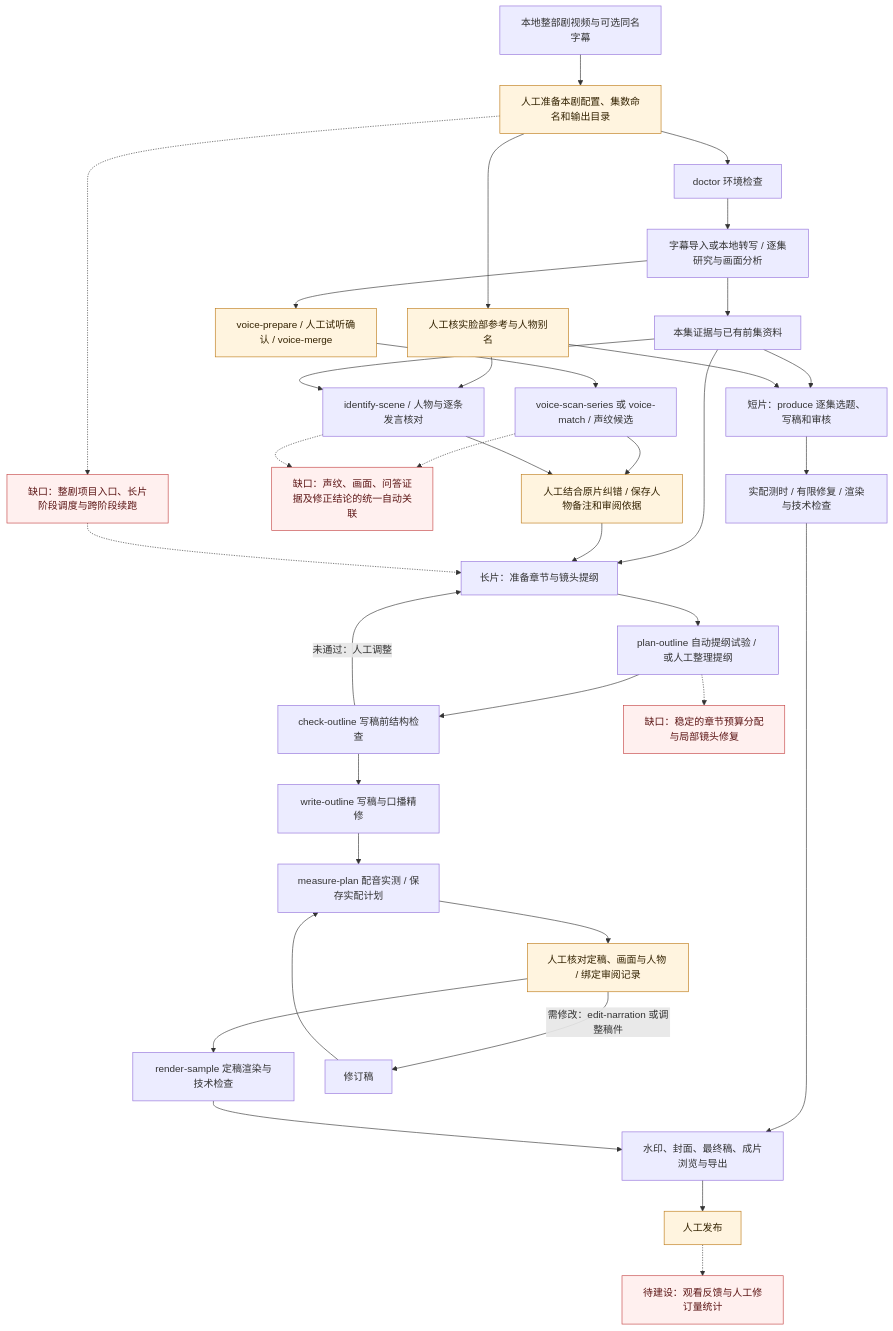
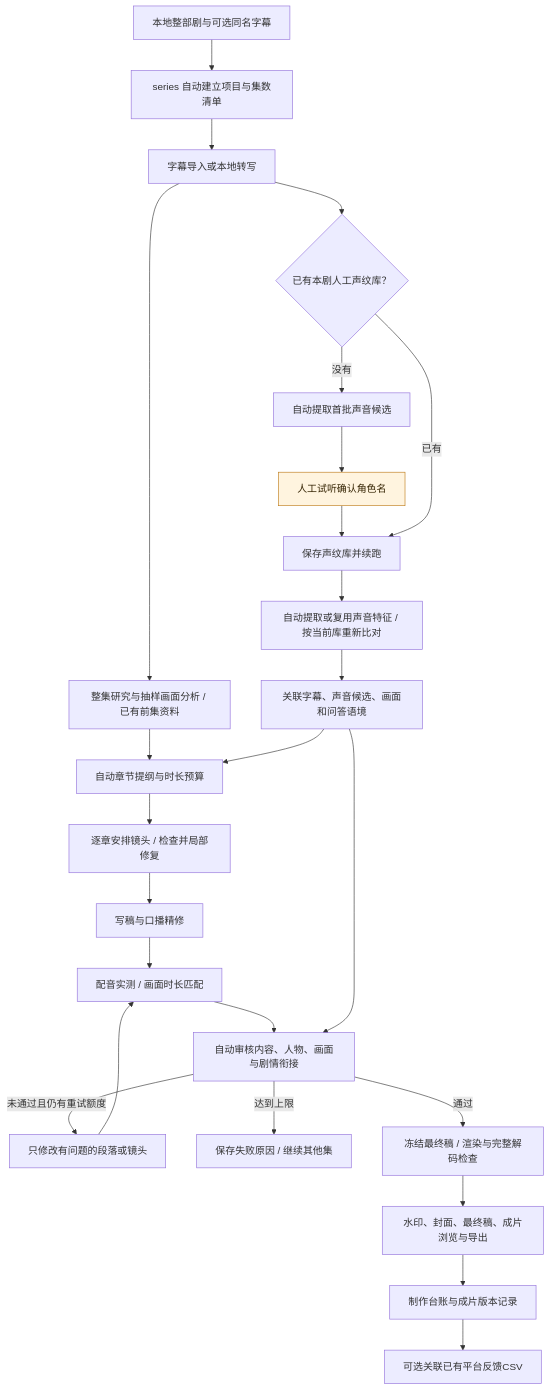
The diagram in README.md (redrain-wang/autoclip1), drawn with Mermaid before and after one commit. The commit also changed other lines of this file and 17 other files, not shown here.

````diff
--- a/README.md
+++ b/README.md
@@ -23,46 +25,29 @@
 ```mermaid
 flowchart TD
-    A[本地整部剧视频与可选同名字幕] --> B[人工准备本剧配置、集数命名和输出目录]
-    B --> C[doctor 环境检查]
-    C --> D[字幕导入或本地转写 / 逐集研究与画面分析]
-    D --> E[本集证据与已有前集资料]
-
-    D --> V[voice-prepare / 人工试听确认 / voice-merge]
-    V --> W[voice-scan-series 或 voice-match / 声纹候选]
-    B --> F[人工核实脸部参考与人物别名]
-    F --> G[identify-scene / 人物与逐条发言核对]
-    E --> G
-    W --> H[人工结合原片纠错 / 保存人物备注和审阅依据]
-    G --> H
-    W -.-> X[缺口：声纹、画面、问答证据及修正结论的统一自动关联]
-    G -.-> X
-
-    E --> S[短片：produce 逐集选题、写稿和审核]
-    F --> S
-    S --> T[实配测时 / 有限修复 / 渲染与技术检查]
-    T --> Z[水印、封面、最终稿、成片浏览与导出]
-
-    E --> L[长片：准备章节与镜头提纲]
-    H --> L
-    L --> P[plan-outline 自动提纲试验 / 或人工整理提纲]
-    P --> Q[check-outline 写稿前结构检查]
-    Q --> R[write-outline 写稿与口播精修]
-    R --> M[measure-plan 配音实测 / 保存实配计划]
-    M --> N[人工核对定稿、画面与人物 / 绑定审阅记录]
-    N --> O[render-sample 定稿渲染与技术检查]
-    O --> Z
-    Q -->|未通过：人工调整| L
-    N -->|需修改：edit-narration 或调整稿件| R2[修订稿]
-    R2 --> M
-
-    B -.-> U[缺口：整剧项目入口、长片阶段调度与跨阶段续跑]
-    U -.-> L
-    P -.-> K[缺口：稳定的章节预算分配与局部镜头修复]
-    Z --> PUB[人工发布]
-    PUB -.-> FB[待建设：观看反馈与人工修订量统计]
-
+    A[本地整部剧与可选同名字幕] --> B[series 自动建立项目与集数清单]
+    B --> C[字幕导入或本地转写]
+    C --> D{已有本剧人工声纹库？}
+    D -->|没有| E[自动提取首批声音候选]
+    E --> F[人工试听确认角色名]
+    F --> G[保存声纹库并续跑]
+    D -->|已有| G
+    G --> H[自动提取或复用声音特征 / 按当前库重新比对]
+    H --> I[关联字幕、声音候选、画面和问答语境]
+    C --> J[整集研究与抽样画面分析 / 已有前集资料]
+    J --> K[自动章节提纲与时长预算]
+    I --> K
+    K --> L[逐章安排镜头 / 检查并局部修复]
+    L --> M[写稿与口播精修]
+    M --> N[配音实测 / 画面时长匹配]
+    N --> O[自动审核内容、人物、画面与剧情衔接]
+    I --> O
+    O -->|未通过且仍有重试额度| P[只修改有问题的段落或镜头]
+    P --> N
+    O -->|达到上限| Q[保存失败原因 / 继续其他集]
+    O -->|通过| R[冻结最终稿 / 渲染与完整解码检查]
+    R --> S[水印、封面、最终稿、成片浏览与导出]
+    S --> T[制作台账与成片版本记录]
+    T --> U[可选关联已有平台反馈CSV]
     classDef human fill:#fff4df,stroke:#bd7a17,color:#332200
-    classDef gap fill:#fff0ef,stroke:#c44343,color:#5c1515
-    class B,V,F,H,N,PUB human
-    class X,U,K,FB gap
+    class F human
 ```
````
